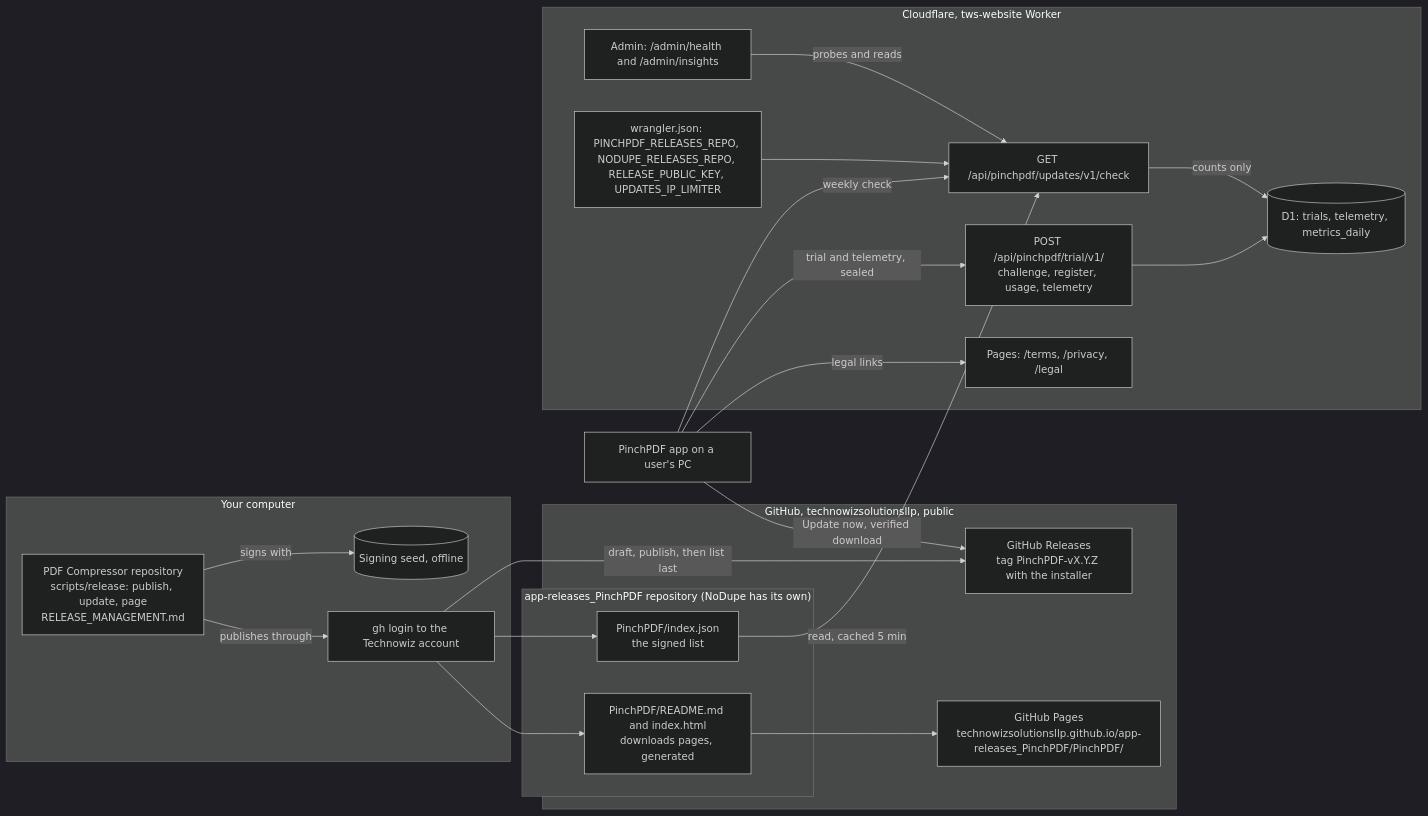
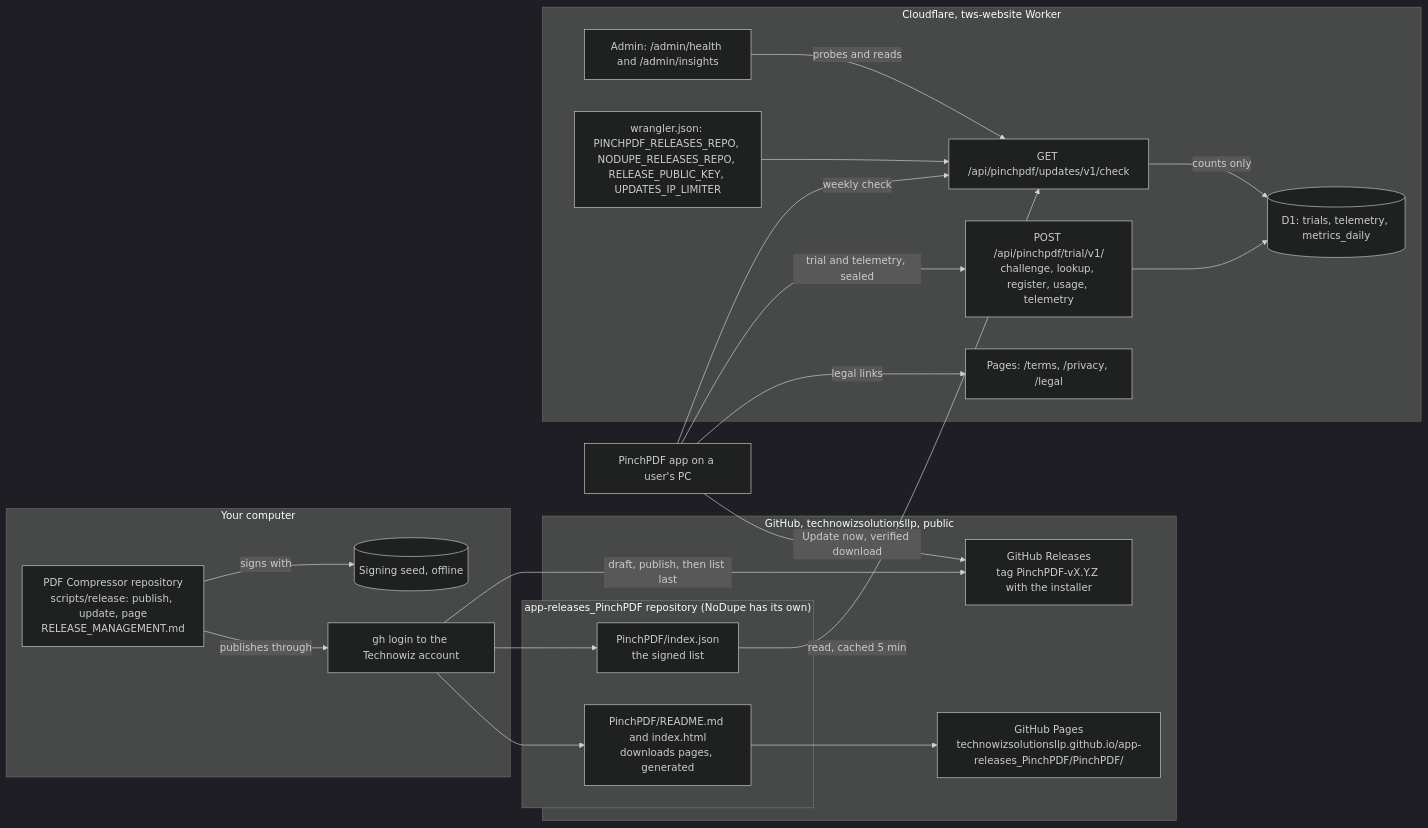
One commit to technowizsolutionsllp/TWS-Website changed the fifth of 7 diagrams in docs/UPDATE_FLOW.md. Above: the diagram before and after it, drawn with Mermaid (dark theme). The commit also changed 19 other files, not shown here.

````diff
--- a/docs/UPDATE_FLOW.md
+++ b/docs/UPDATE_FLOW.md
@@ -218,40 +218,40 @@
 ```mermaid
 flowchart LR
     subgraph PC["Your computer"]
       R1["PDF Compressor repository<br/>scripts/release: publish, update, page<br/>RELEASE_MANAGEMENT.md"]
       SEED[("Signing seed, offline")]
       GHCLI["gh login to the Technowiz account"]
     end
     subgraph GHUB["GitHub, technowizsolutionsllp, public"]
       subgraph AR["app-releases_PinchPDF repository (NoDupe has its own)"]
         L["PinchPDF/index.json<br/>the signed list"]
         PG["PinchPDF/README.md and index.html<br/>downloads pages, generated"]
       end
       REL["GitHub Releases<br/>tag PinchPDF-vX.Y.Z with the installer"]
       PAGES["GitHub Pages<br/>technowizsolutionsllp.github.io/app-releases_PinchPDF/PinchPDF/"]
     end
     subgraph CF["Cloudflare, tws-website Worker"]
       EP["GET /api/pinchpdf/updates/v1/check"]
-      TRIAL["POST /api/pinchpdf/trial/v1/<br/>challenge, register, usage, telemetry"]
+      TRIAL["POST /api/pinchpdf/trial/v1/<br/>challenge, lookup, register, usage, telemetry"]
       SITE["Pages: /terms, /privacy, /legal"]
       ADMIN["Admin: /admin/health and /admin/insights"]
       D1[("D1: trials, telemetry, metrics_daily")]
       CFG["wrangler.json: PINCHPDF_RELEASES_REPO, NODUPE_RELEASES_REPO, RELEASE_PUBLIC_KEY, UPDATES_IP_LIMITER"]
     end
     APP["PinchPDF app on a user's PC"]
     R1 -- "signs with" --> SEED
     R1 -- "publishes through" --> GHCLI
     GHCLI -- "draft, publish, then list last" --> REL
     GHCLI --> L
     GHCLI --> PG
     PG --> PAGES
     L -- "read, cached 5 min" --> EP
     CFG --> EP
     EP -- "counts only" --> D1
     TRIAL --> D1
     ADMIN -- "probes and reads" --> EP
     APP -- "weekly check" --> EP
     APP -- "trial and telemetry, sealed" --> TRIAL
     APP -- "legal links" --> SITE
     APP -- "Update now, verified download" --> REL
 ```
````
